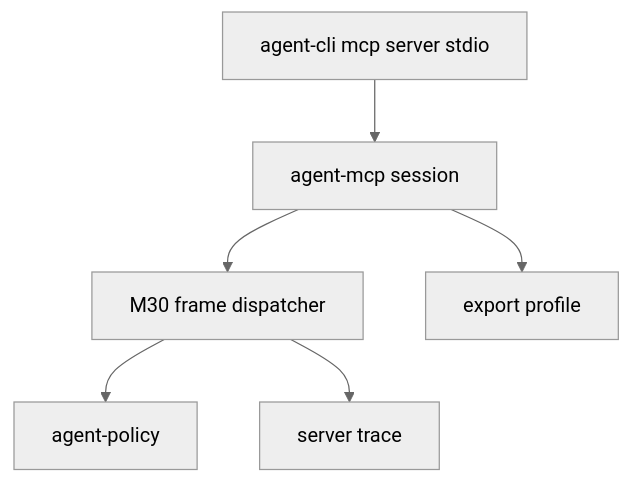
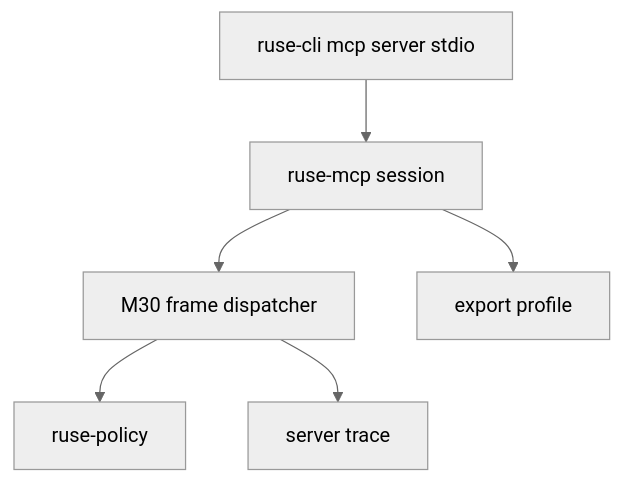
The diagram in docs/specs/M31-00-mcp-stdio-server-technical-design.spec.md (poneding/agent), drawn with Mermaid (neutral theme) before and after one commit. The commit also changed other lines of this file and 2091 other files, not shown here.

First line of the commit message:
refactor: rename agent branding to ruse

````diff
--- a/docs/specs/M31-00-mcp-stdio-server-technical-design.spec.md
+++ b/docs/specs/M31-00-mcp-stdio-server-technical-design.spec.md
@@ -33,8 +33,8 @@
 ```mermaid
 flowchart TD
-  CLI["agent-cli mcp server stdio"] --> Session["agent-mcp session"]
+  CLI["ruse-cli mcp server stdio"] --> Session["ruse-mcp session"]
   Session --> Frame["M30 frame dispatcher"]
   Session --> Profile["export profile"]
-  Frame --> Policy["agent-policy"]
+  Frame --> Policy["ruse-policy"]
   Frame --> Trace["server trace"]
 ```
````
